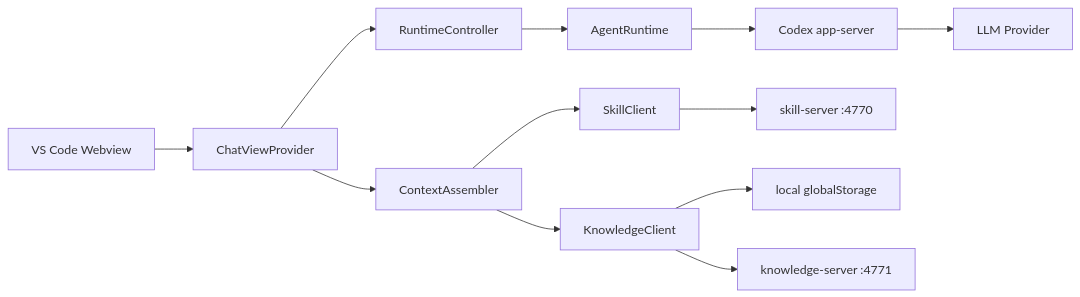
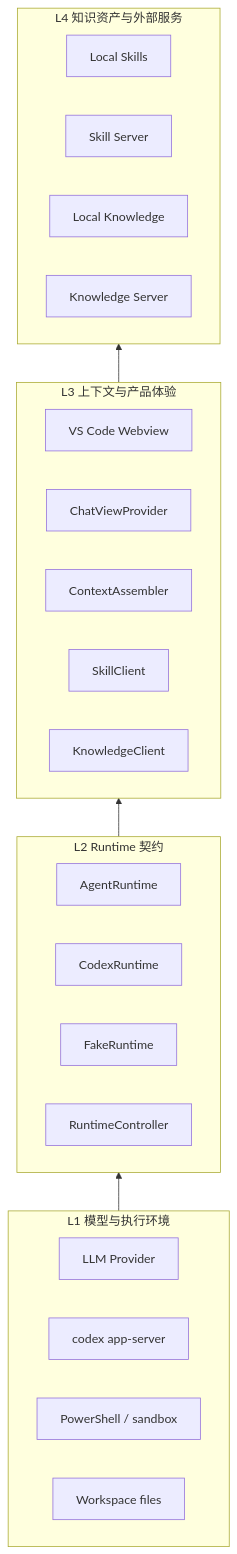
One commit to ozzzzzh/AgentBox changed the second of 2 diagrams in README.md. Above: the diagram before and after it, drawn with Mermaid. The commit also changed other lines of this file and 2 other files, not shown here.

Commit message:
1.Update architecture photo

````diff
--- a/README.md
+++ b/README.md
@@ -158,14 +188,37 @@
 ```mermaid
-flowchart LR
-  Webview["VS Code Webview"] --> Chat["ChatViewProvider"]
-  Chat --> Context["ContextAssembler"]
-  Chat --> Controller["RuntimeController"]
-  Context --> Skill["SkillClient"]
-  Context --> Knowledge["KnowledgeClient"]
-  Controller --> Runtime["AgentRuntime"]
-  Runtime --> Codex["Codex app-server"]
-  Codex --> Model["LLM Provider"]
-  Skill --> SkillServer["skill-server :4770"]
-  Knowledge --> Local["local globalStorage"]
-  Knowledge --> KServer["knowledge-server :4771"]
+flowchart BT
+  subgraph L1["L1 模型与执行环境"]
+    direction LR
+    Model["LLM Provider"]
+    AppServer["codex app-server"]
+    Shell["PowerShell / sandbox"]
+    Workspace["Workspace files"]
+  end
+
+  subgraph L2["L2 Runtime 契约"]
+    direction LR
+    AgentRuntime["AgentRuntime"]
+    CodexRuntime["CodexRuntime"]
+    FakeRuntime["FakeRuntime"]
+    Controller["RuntimeController"]
+  end
+
+  subgraph L3["L3 上下文与产品体验"]
+    direction LR
+    Webview["VS Code Webview"]
+    ChatView["ChatViewProvider"]
+    Context["ContextAssembler"]
+    SkillClient["SkillClient"]
+    KnowledgeClient["KnowledgeClient"]
+  end
+
+  subgraph L4["L4 知识资产与外部服务"]
+    direction LR
+    LocalSkill["Local Skills"]
+    SkillServer["Skill Server"]
+    LocalKB["Local Knowledge"]
+    KnowledgeServer["Knowledge Server"]
+  end
+
+  L1 --> L2 --> L3 --> L4
 ```
````
